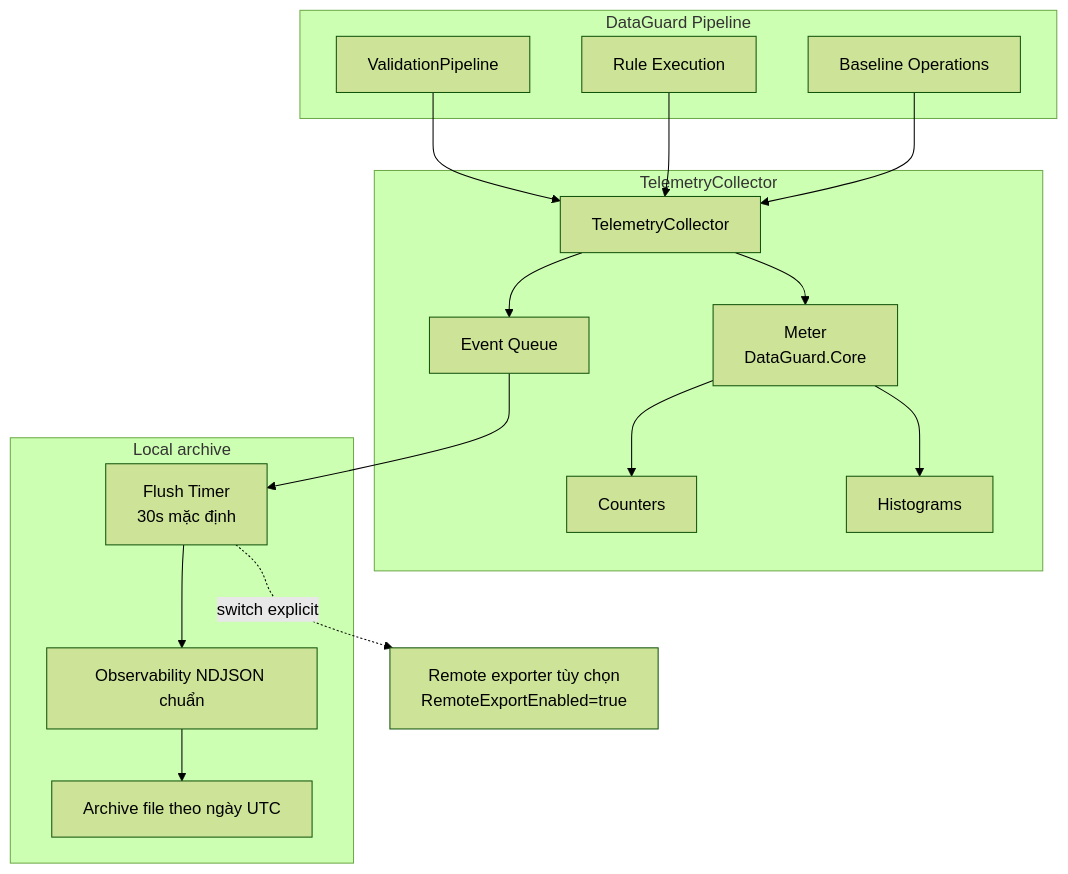
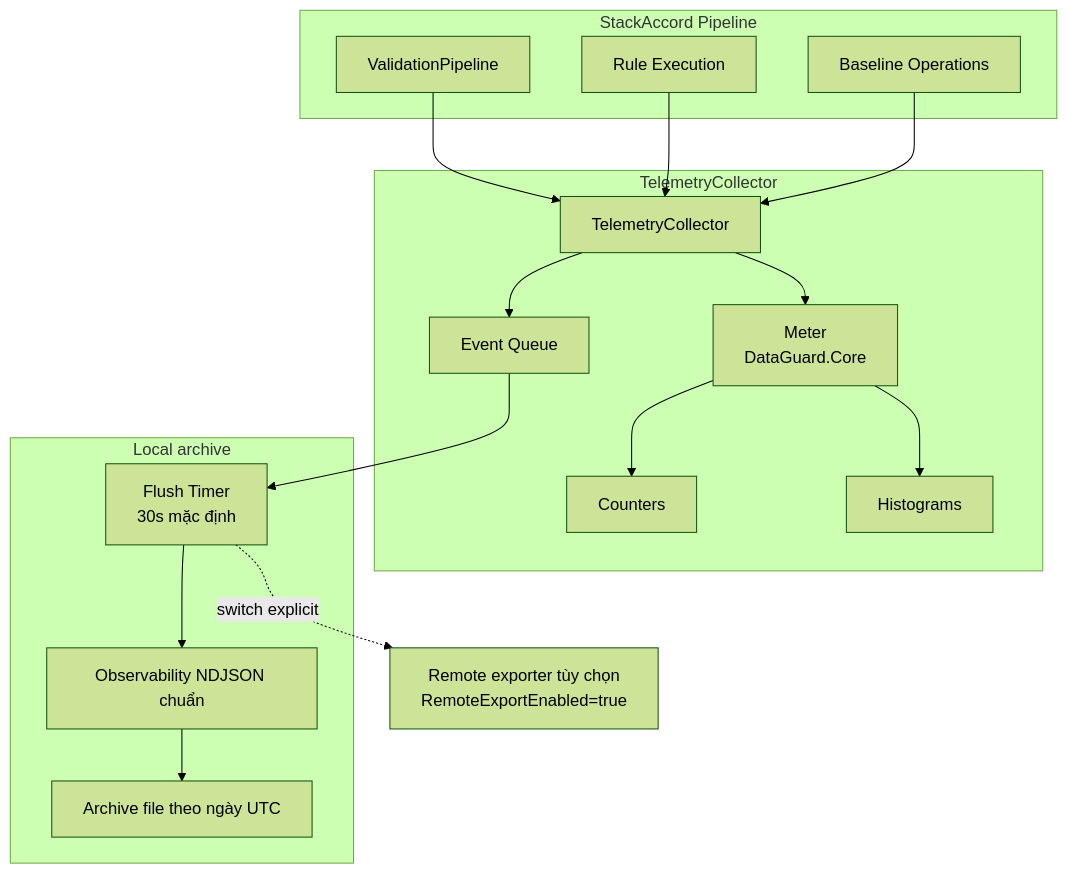
One commit to thanhnt-sm/eco_support_net_oracle changed the diagram in docs/03-components/core/telemetry.vi.md. Above: the diagram before and after it, drawn with Mermaid (forest theme). The commit also changed other lines of this file and 115 other files, not shown here.

Commit message:
fix(branding): align StackAccord docs and release copy

````diff
--- a/docs/03-components/core/telemetry.vi.md
+++ b/docs/03-components/core/telemetry.vi.md
@@ -13,37 +13,37 @@
 ```mermaid
 flowchart TB
-    subgraph DataGuard Pipeline
+    subgraph StackAccord Pipeline
         VP[ValidationPipeline]
         RR[Rule Execution]
         BS[Baseline Operations]
     end
 
     subgraph TelemetryCollector
         TC[TelemetryCollector]
         METER[Meter<br/>DataGuard.Core]
         CTR[Counters]
         HIST[Histograms]
         EVT[Event Queue]
     end
 
     subgraph Local archive
         FLUSH[Flush Timer<br/>30s mặc định]
         NDJSON[Observability NDJSON chuẩn]
         ARCHIVE[Archive file theo ngày UTC]
     end
     REMOTE[Remote exporter tùy chọn<br/>RemoteExportEnabled=true]
 
     VP --> TC
     RR --> TC
     BS --> TC
 
     TC --> METER
     METER --> CTR
     METER --> HIST
     TC --> EVT
 
     EVT --> FLUSH
     FLUSH --> NDJSON
     NDJSON --> ARCHIVE
     FLUSH -. switch explicit .-> REMOTE
 ```
````
